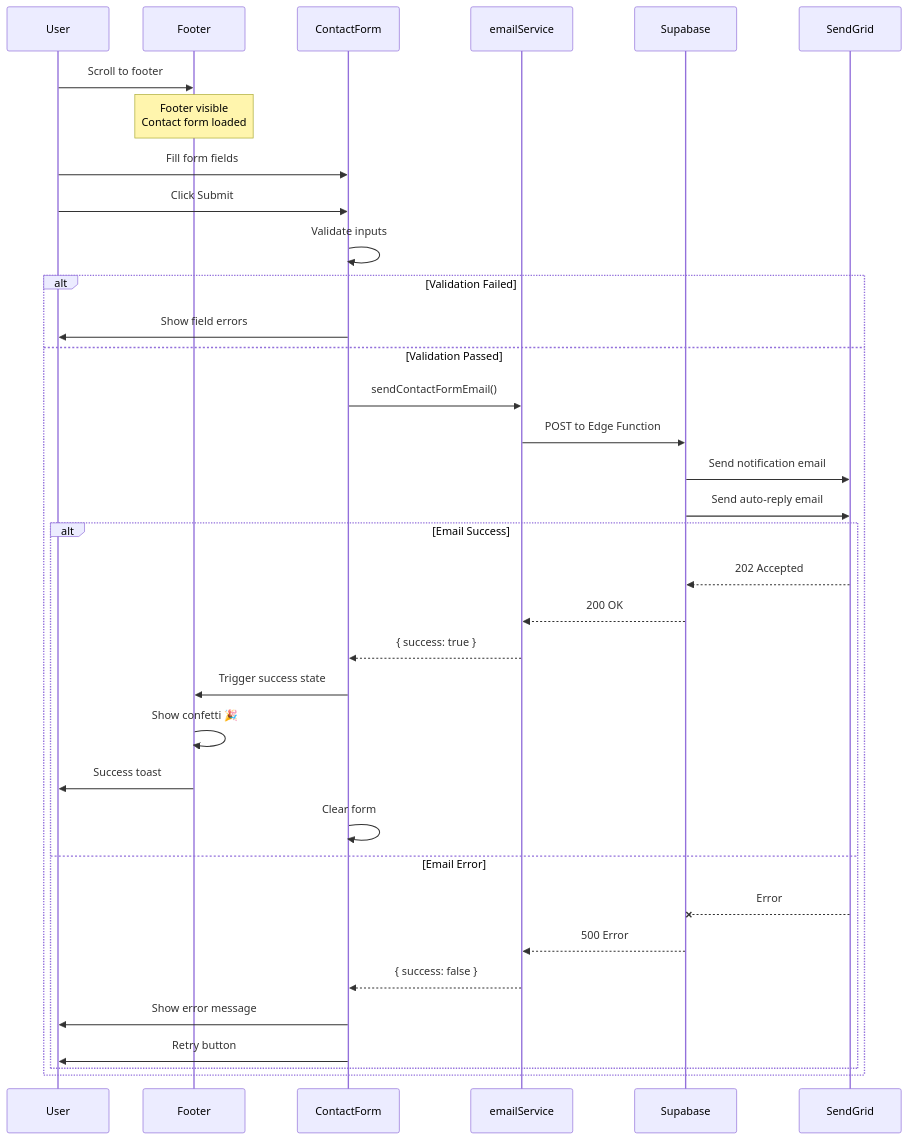
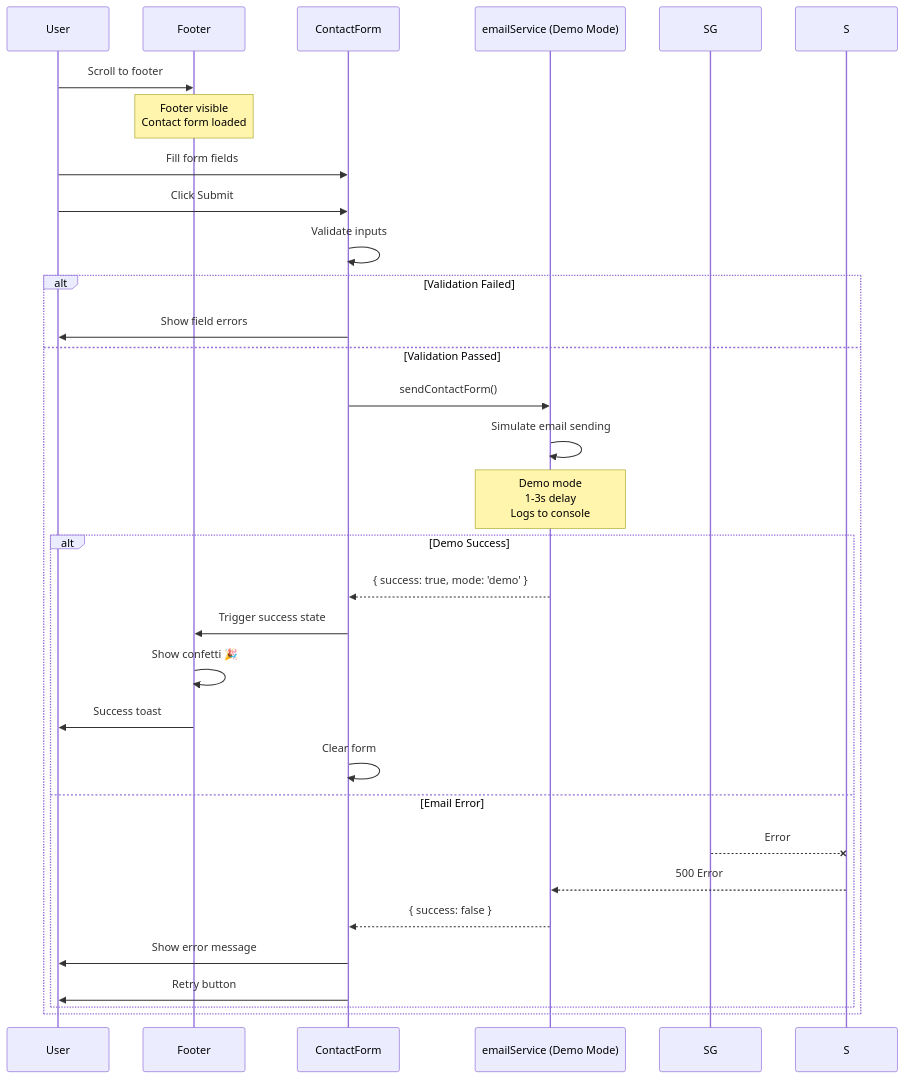
One commit to lightspeedwp/ashmakeup changed the second of 3 diagrams in src/guidelines/components/Footer.md. Above: the diagram before and after it, drawn with Mermaid. The commit also changed 58 other files, not shown here.

````diff
--- a/src/guidelines/components/Footer.md
+++ b/src/guidelines/components/Footer.md
@@ -557,45 +557,40 @@
 ```mermaid
 sequenceDiagram
     participant U as User
     participant F as Footer
     participant CF as ContactForm
-    participant E as emailService
-    participant S as Supabase
-    participant SG as SendGrid
+    participant E as emailService (Demo Mode)
     
     U->>F: Scroll to footer
     Note over F: Footer visible<br/>Contact form loaded
     
     U->>CF: Fill form fields
     U->>CF: Click Submit
     
     CF->>CF: Validate inputs
     
     alt Validation Failed
         CF->>U: Show field errors
     else Validation Passed
-        CF->>E: sendContactFormEmail()
+        CF->>E: sendContactForm()
         
-        E->>S: POST to Edge Function
-        S->>SG: Send notification email
-        S->>SG: Send auto-reply email
+        E->>E: Simulate email sending
+        Note over E: Demo mode<br/>1-3s delay<br/>Logs to console
         
-        alt Email Success
-            SG-->>S: 202 Accepted
-            S-->>E: 200 OK
-            E-->>CF: { success: true }
+        alt Demo Success
+            E-->>CF: { success: true, mode: 'demo' }
             
             CF->>F: Trigger success state
             F->>F: Show confetti 🎉
             F->>U: Success toast
             CF->>CF: Clear form
         else Email Error
             SG--xS: Error
             S-->>E: 500 Error
             E-->>CF: { success: false }
             
             CF->>U: Show error message
             CF->>U: Retry button
         end
     end
 ```
````
